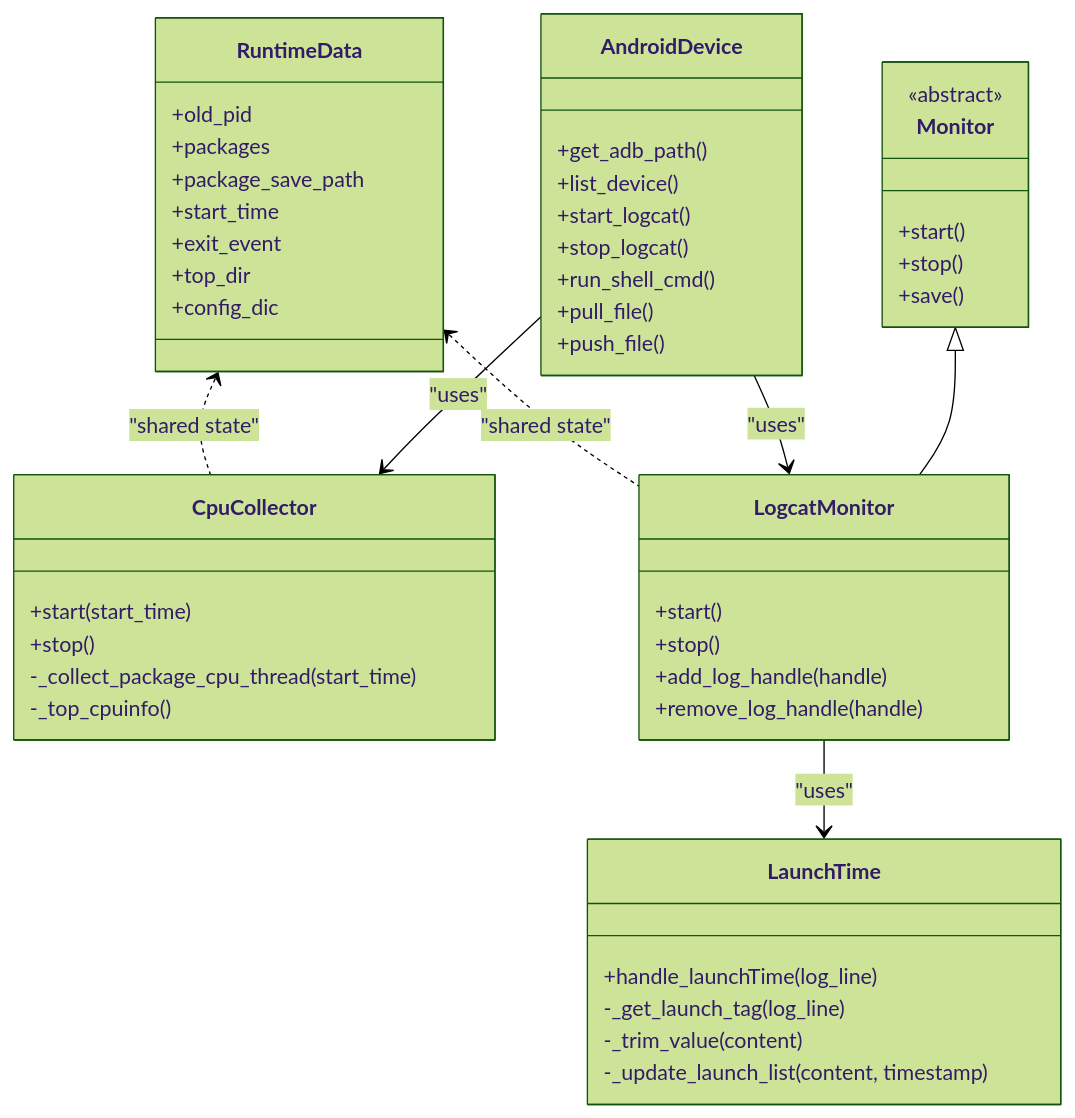
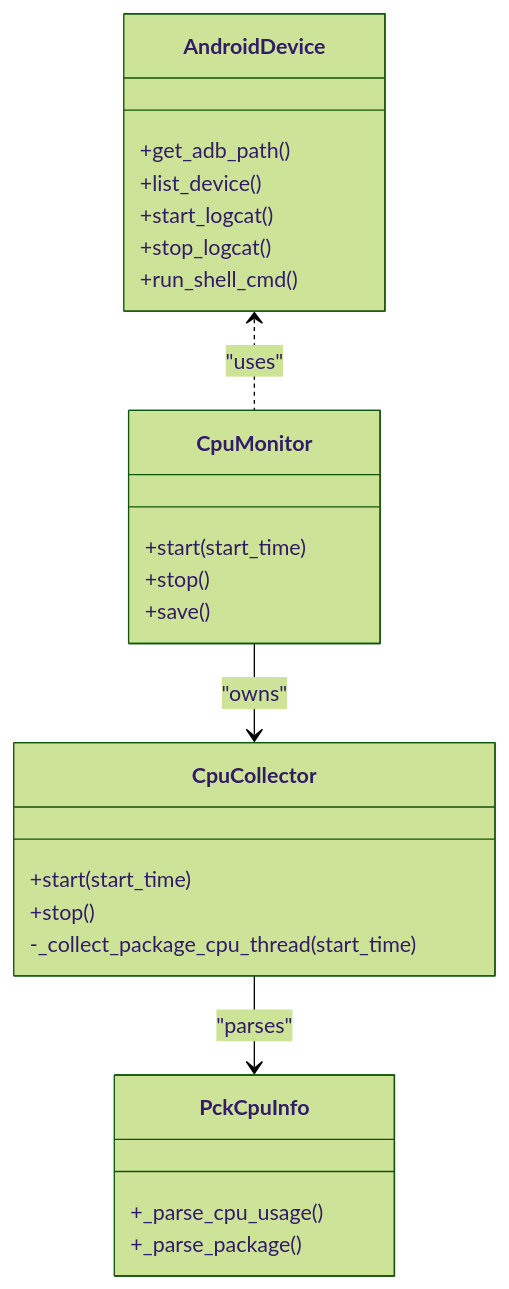
Before and after one commit to liximing1-ola/qa-perfCode: the fourth of 7 diagrams in .qoder/repowiki/en/content/Project Overview.md, drawn with Mermaid (forest theme). The commit also changed other lines of this file and 50 other files, not shown here.

````diff
--- a/.qoder/repowiki/en/content/Project Overview.md
+++ b/.qoder/repowiki/en/content/Project Overview.md
@@ -172,51 +201,27 @@
 ```mermaid
 classDiagram
 class AndroidDevice {
 +get_adb_path()
 +list_device()
 +start_logcat()
 +stop_logcat()
 +run_shell_cmd()
-+pull_file()
-+push_file()
+}
+class CpuMonitor {
++start(start_time)
++stop()
++save()
 }
 class CpuCollector {
 +start(start_time)
 +stop()
 -_collect_package_cpu_thread(start_time)
--_top_cpuinfo()
 }
-class LogcatMonitor {
-+start()
-+stop()
-+add_log_handle(handle)
-+remove_log_handle(handle)
+class PckCpuInfo {
++_parse_cpu_usage()
++_parse_package()
 }
-class LaunchTime {
-+handle_launchTime(log_line)
--_get_launch_tag(log_line)
--_trim_value(content)
--_update_launch_list(content, timestamp)
-}
-class Monitor {
-<<abstract>>
-+start()
-+stop()
-+save()
-}
-class RuntimeData {
-+old_pid
-+packages
-+package_save_path
-+start_time
-+exit_event
-+top_dir
-+config_dic
-}
-Monitor <|-- LogcatMonitor
-AndroidDevice --> CpuCollector : "uses"
-AndroidDevice --> LogcatMonitor : "uses"
-LogcatMonitor --> LaunchTime : "uses"
-RuntimeData <.. CpuCollector : "shared state"
-RuntimeData <.. LogcatMonitor : "shared state"
+AndroidDevice <.. CpuMonitor : "uses"
+CpuMonitor --> CpuCollector : "owns"
+CpuCollector --> PckCpuInfo : "parses"
 ```
````
